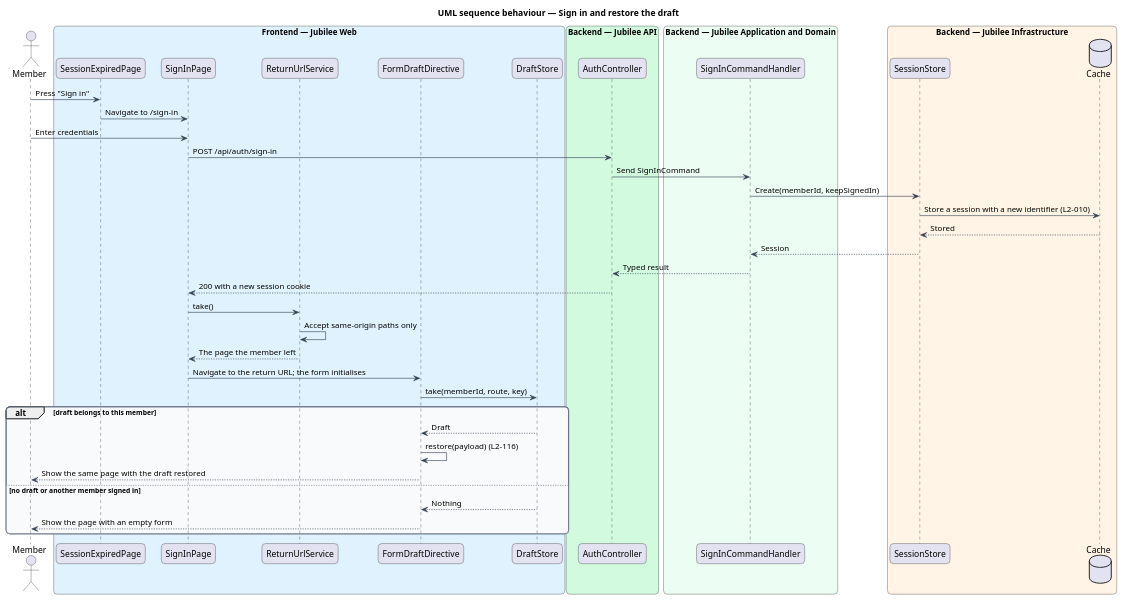
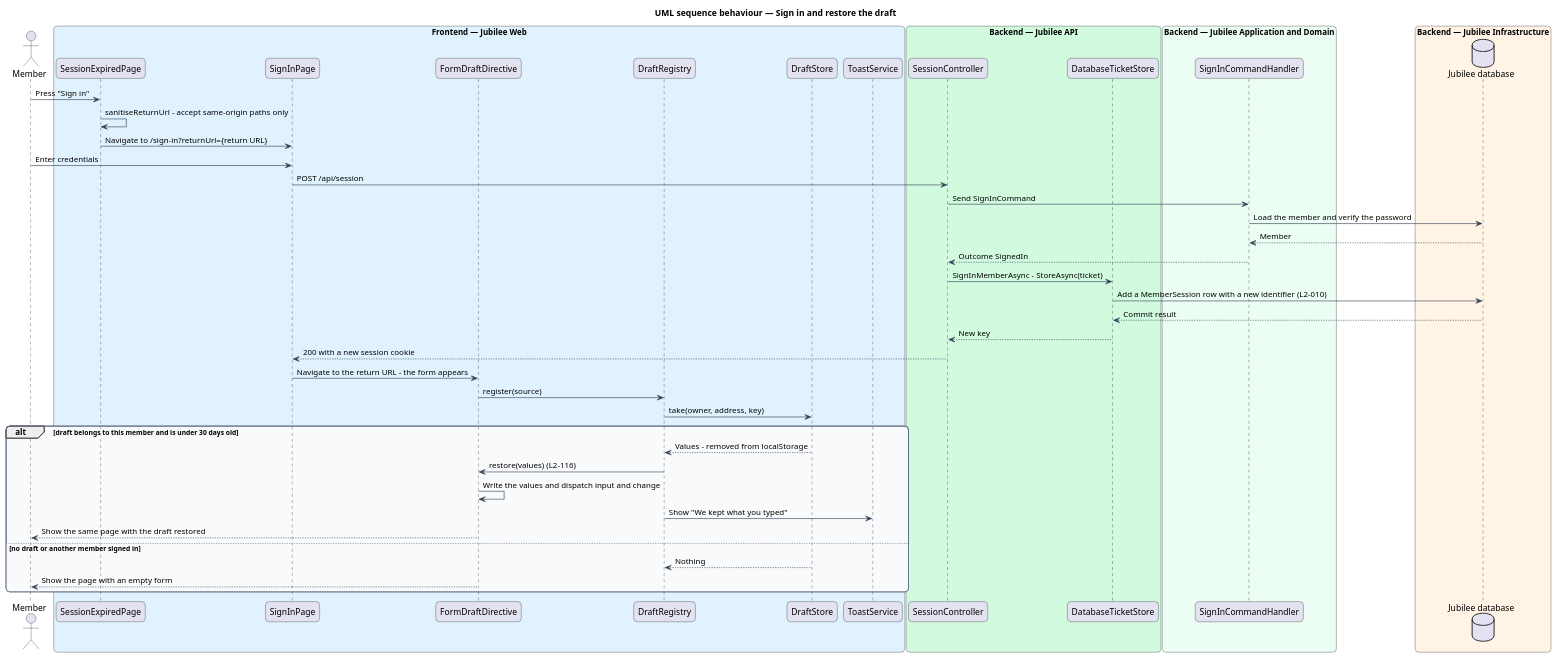
The diagram in docs/detailed-designs/system-pages/handle-session-expiry/diagrams/sequence-sign-in-and-restore.puml (QuinntyneBrown/jubilee), drawn with PlantUML before and after one commit. The commit also changed 35 other files, not shown here.

Commit message:
Bring the sign-in, manage-session and session-expiry designs in line with the code as built (ADR 0045)

```diff
--- a/docs/detailed-designs/system-pages/handle-session-expiry/diagrams/sequence-sign-in-and-restore.puml
+++ b/docs/detailed-designs/system-pages/handle-session-expiry/diagrams/sequence-sign-in-and-restore.puml
@@ -1,59 +1,63 @@
 @startuml
 title UML sequence behaviour — Sign in and restore the draft
 skinparam backgroundColor #FFFFFF
 skinparam shadowing false
 skinparam roundcorner 12
 skinparam defaultFontName Arial
 skinparam ArrowColor #344054
 skinparam rectangle {
   BorderColor #344054
   FontColor #101828
 }
 skinparam package {
   BorderColor #667085
   FontColor #101828
   BackgroundColor #F9FAFB
 }
 actor "Member" as actor
 box "Frontend — Jubilee Web" #E0F2FE
   participant "SessionExpiredPage" as page
   participant "SignInPage" as signin
-  participant "ReturnUrlService" as ret
   participant "FormDraftDirective" as form
+  participant "DraftRegistry" as registry
   participant "DraftStore" as store
+  participant "ToastService" as toasts
 end box
 box "Backend — Jubilee API" #D1FADF
-  participant "AuthController" as controller
+  participant "SessionController" as controller
+  participant "DatabaseTicketStore" as sessions
 end box
 box "Backend — Jubilee Application and Domain" #ECFDF3
   participant "SignInCommandHandler" as handler
 end box
 box "Backend — Jubilee Infrastructure" #FFF4E5
-  participant "SessionStore" as sessions
-  database "Cache" as cache
+  database "Jubilee database" as db
 end box
 actor -> page : Press "Sign in"
-page -> signin : Navigate to /sign-in
+page -> page : sanitiseReturnUrl - accept same-origin paths only
+page -> signin : Navigate to /sign-in?returnUrl={return URL}
 actor -> signin : Enter credentials
-signin -> controller : POST /api/auth/sign-in
+signin -> controller : POST /api/session
 controller -> handler : Send SignInCommand
-handler -> sessions : Create(memberId, keepSignedIn)
-sessions -> cache : Store a session with a new identifier (L2-010)
-cache --> sessions : Stored
-sessions --> handler : Session
-handler --> controller : Typed result
+handler -> db : Load the member and verify the password
+db --> handler : Member
+handler --> controller : Outcome SignedIn
+controller -> sessions : SignInMemberAsync - StoreAsync(ticket)
+sessions -> db : Add a MemberSession row with a new identifier (L2-010)
+db --> sessions : Commit result
+sessions --> controller : New key
 controller --> signin : 200 with a new session cookie
-signin -> ret : take()
-ret -> ret : Accept same-origin paths only
-ret --> signin : The page the member left
-signin -> form : Navigate to the return URL; the form initialises
-form -> store : take(memberId, route, key)
-alt draft belongs to this member
-  store --> form : Draft
-  form -> form : restore(payload) (L2-116)
+signin -> form : Navigate to the return URL - the form appears
+form -> registry : register(source)
+registry -> store : take(owner, address, key)
+alt draft belongs to this member and is under 30 days old
+  store --> registry : Values - removed from localStorage
+  registry -> form : restore(values) (L2-116)
+  form -> form : Write the values and dispatch input and change
+  registry -> toasts : Show "We kept what you typed"
   form --> actor : Show the same page with the draft restored
 else no draft or another member signed in
-  store --> form : Nothing
+  store --> registry : Nothing
   form --> actor : Show the page with an empty form
 end
 @enduml
```
